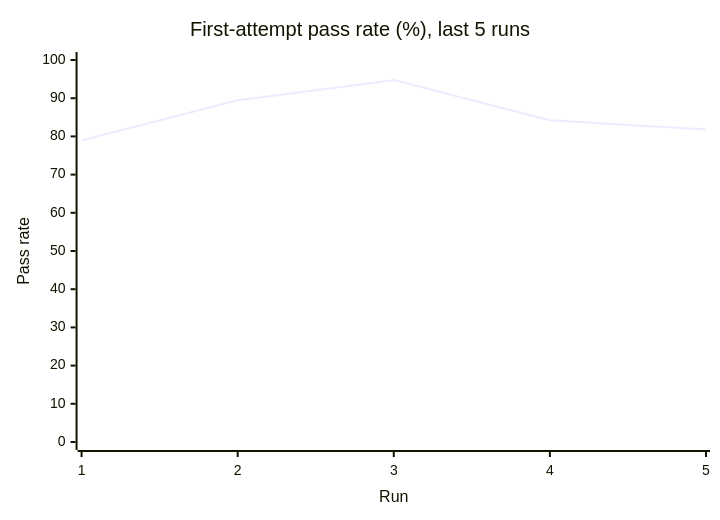
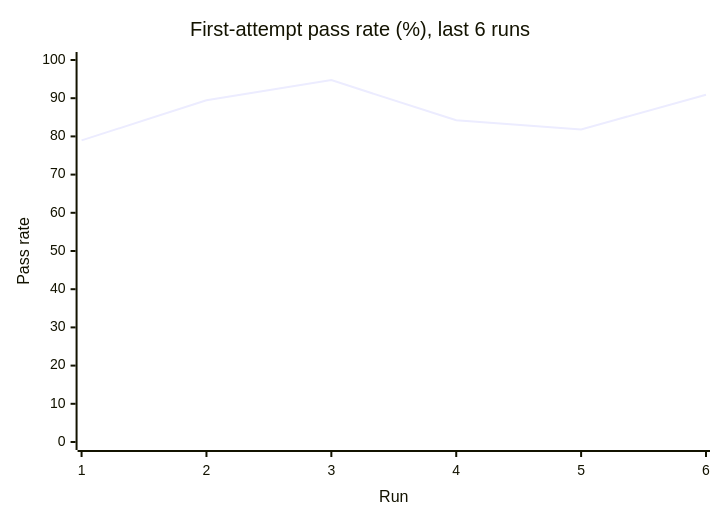
One commit to Shirojoufu/Flaky-Test-Lab changed the first of 3 diagrams in reports/summary.md. Above: the diagram before and after it, drawn with Mermaid. The commit also changed other lines of this file and 7 other files, not shown here.

````diff
--- a/reports/summary.md
+++ b/reports/summary.md
@@ -42,7 +42,7 @@
 ```mermaid
 xychart-beta
-    title "First-attempt pass rate (%), last 5 runs"
-    x-axis "Run" [1, 2, 3, 4, 5]
+    title "First-attempt pass rate (%), last 6 runs"
+    x-axis "Run" [1, 2, 3, 4, 5, 6]
     y-axis "Pass rate" 0 --> 100
-    line [78.95, 89.47, 94.74, 84.21, 81.82]
+    line [78.95, 89.47, 94.74, 84.21, 81.82, 90.91]
 ```
````
